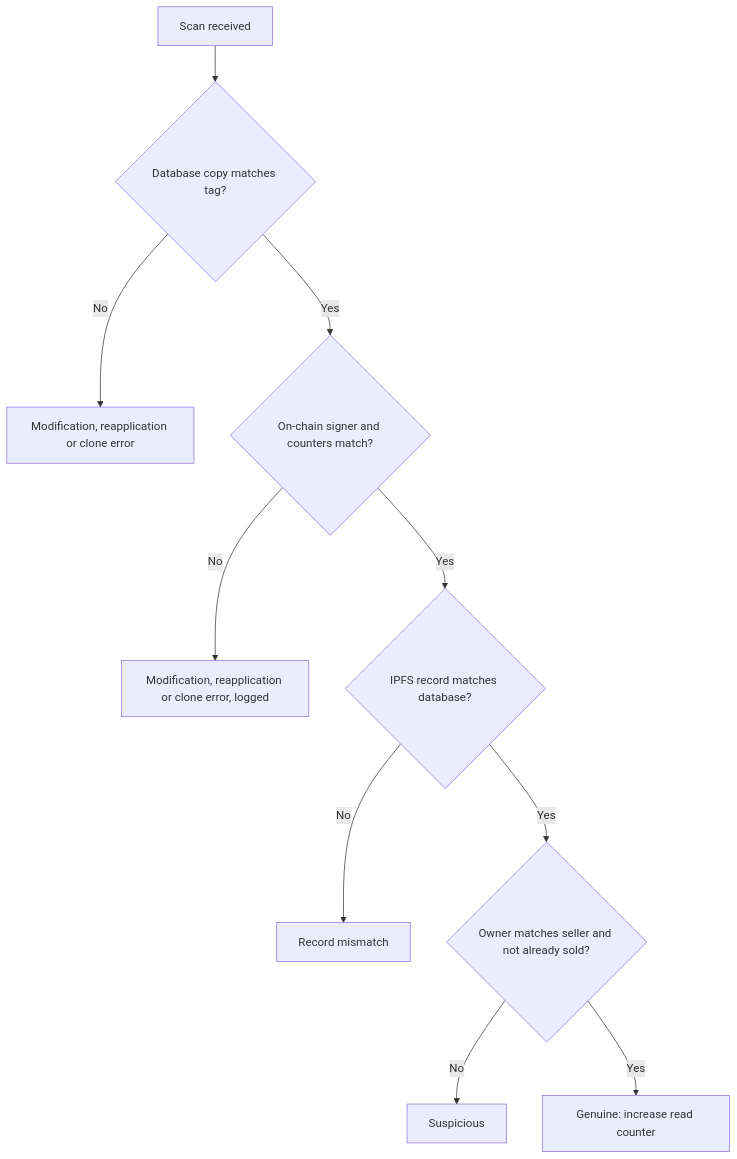
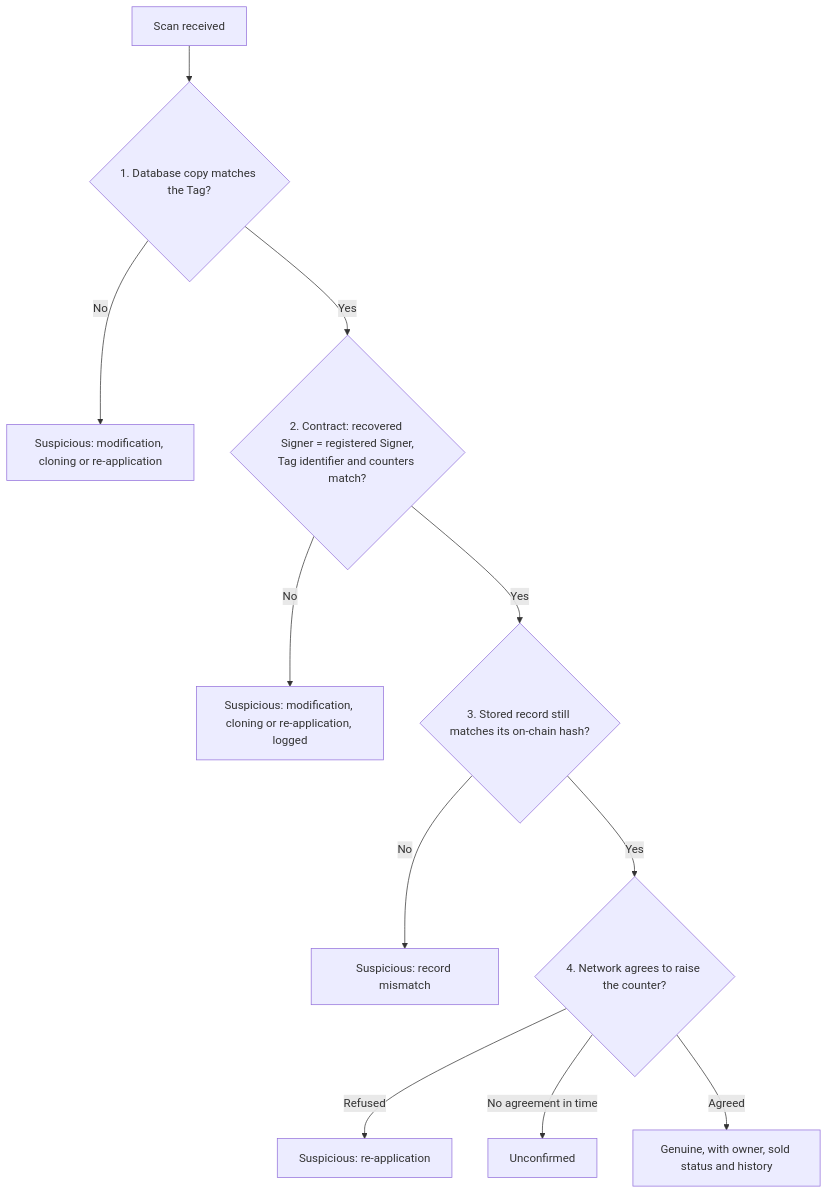
Before and after one commit to riteshpandey2024-cyber/BlockChainAuth: the third of 5 diagrams in PROJECT_DESIGN_EXPLAINED.md, drawn with Mermaid. The commit also changed other lines of this file and 4 other files, not shown here.

````diff
--- a/PROJECT_DESIGN_EXPLAINED.md
+++ b/PROJECT_DESIGN_EXPLAINED.md
@@ -479,12 +352,13 @@
 ```mermaid
 flowchart TD
-    A["Scan received"] --> B{"Database copy matches tag?"}
-    B -- "No" --> E1["Modification, reapplication or clone error"]
-    B -- "Yes" --> C{"On-chain signer and counters match?"}
-    C -- "No" --> E2["Modification, reapplication or clone error, logged"]
-    C -- "Yes" --> D{"IPFS record matches database?"}
-    D -- "No" --> E3["Record mismatch"]
-    D -- "Yes" --> F{"Owner matches seller and not already sold?"}
-    F -- "No" --> W["Suspicious"]
-    F -- "Yes" --> G["Genuine: increase read counter"]
+    A["Scan received"] --> B{"1. Database copy matches the Tag?"}
+    B -- "No" --> E1["Suspicious: modification, cloning or re-application"]
+    B -- "Yes" --> C{"2. Contract: recovered Signer = registered Signer,<br/>Tag identifier and counters match?"}
+    C -- "No" --> E2["Suspicious: modification, cloning or re-application, logged"]
+    C -- "Yes" --> D{"3. Stored record still matches its on-chain hash?"}
+    D -- "No" --> E3["Suspicious: record mismatch"]
+    D -- "Yes" --> F{"4. Network agrees to raise the counter?"}
+    F -- "Refused" --> E4["Suspicious: re-application"]
+    F -- "No agreement in time" --> U["Unconfirmed"]
+    F -- "Agreed" --> G["Genuine, with owner, sold status and history"]
 ```
````
